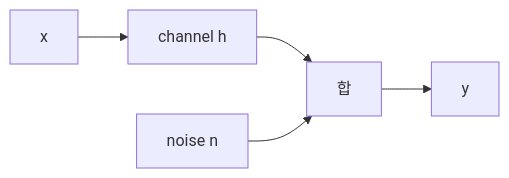
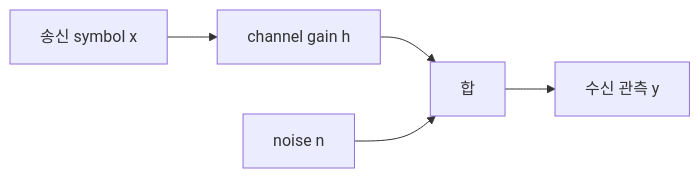
The first of 2 diagrams in learning/wireless-communications/05-channel-noise-and-capacity.md (mj006648/netai-devsecops-runbook), drawn with Mermaid before and after one commit. The commit also changed other lines of this file and 24 other files, not shown here.

````diff
--- a/learning/wireless-communications/05-channel-noise-and-capacity.md
+++ b/learning/wireless-communications/05-channel-noise-and-capacity.md
@@ -58,7 +7,7 @@
 ```mermaid
 flowchart LR
-    X[x] --> H[channel h]
-    H --> A[합]
-    N[noise n] --> A
-    A --> Y[y]
+    X["송신 symbol x"] --> H["channel gain h"]
+    H --> A["합"]
+    N["noise n"] --> A
+    A --> Y["수신 관측 y"]
 ```
````
